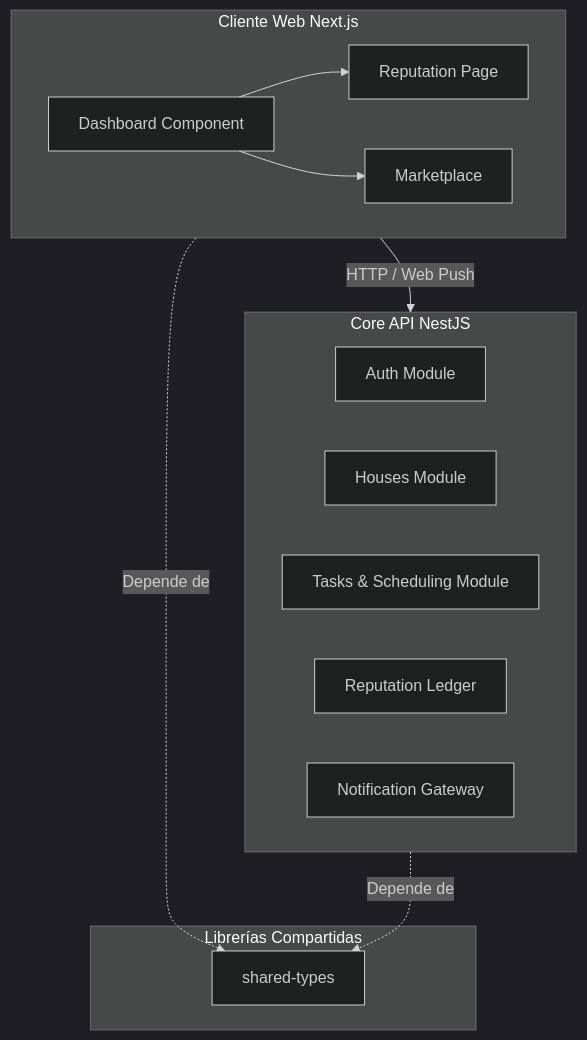
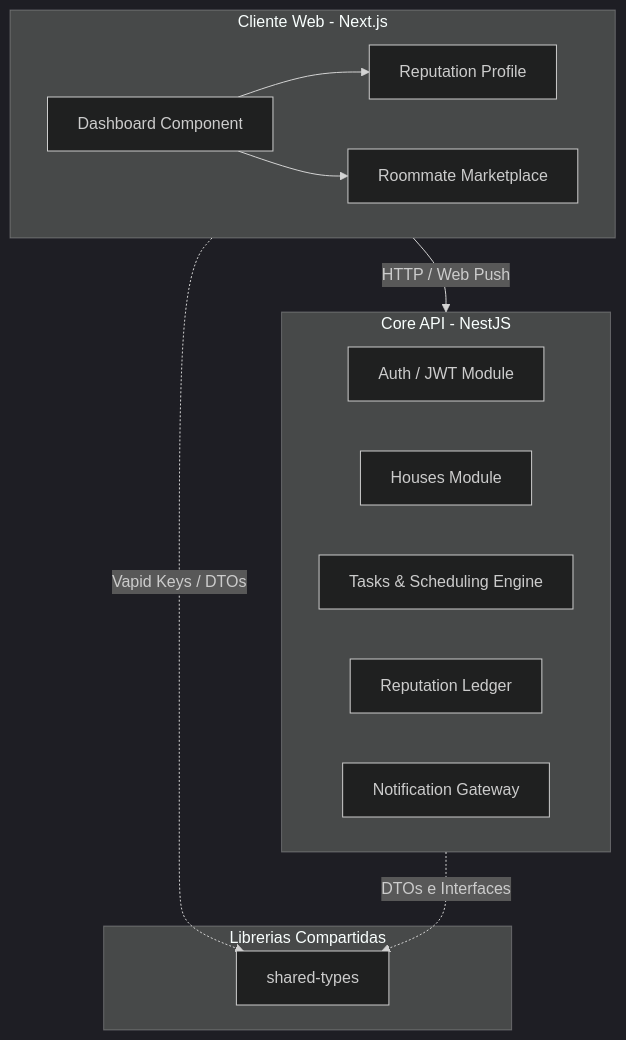
Before and after one commit to PatoCrazy2/kimito: the diagram in README.md, drawn with Mermaid (dark theme). The commit also changed other lines of this file, not shown here.

Commit message:
docs: adapt root README to startup style, highlight scheduling algorithm and add deployment documentation

````diff
--- a/README.md
+++ b/README.md
@@ -66,23 +62,23 @@
 ```mermaid
 graph TD
-    subgraph Frontend [Cliente Web Next.js]
-        A[Dashboard Component] --> B[Reputation Page]
-        A --> C[Marketplace]
+    subgraph Frontend [Cliente Web - Next.js]
+        A[Dashboard Component] --> B[Reputation Profile]
+        A --> C[Roommate Marketplace]
     end
 
-    subgraph Backend [Core API NestJS]
-        D[Auth Module]
+    subgraph Backend [Core API - NestJS]
+        D[Auth / JWT Module]
         E[Houses Module]
-        F[Tasks & Scheduling Module]
+        F[Tasks & Scheduling Engine]
         G[Reputation Ledger]
         H[Notification Gateway]
     end
 
-    subgraph Packages [Librerías Compartidas]
+    subgraph Packages [Librerias Compartidas]
         I[shared-types]
     end
 
     Frontend -->|HTTP / Web Push| Backend
-    Frontend -.->|Depende de| I
-    Backend -.->|Depende de| I
+    Frontend -.->|Vapid Keys / DTOs| I
+    Backend -.->|DTOs e Interfaces| I
 ```
````
